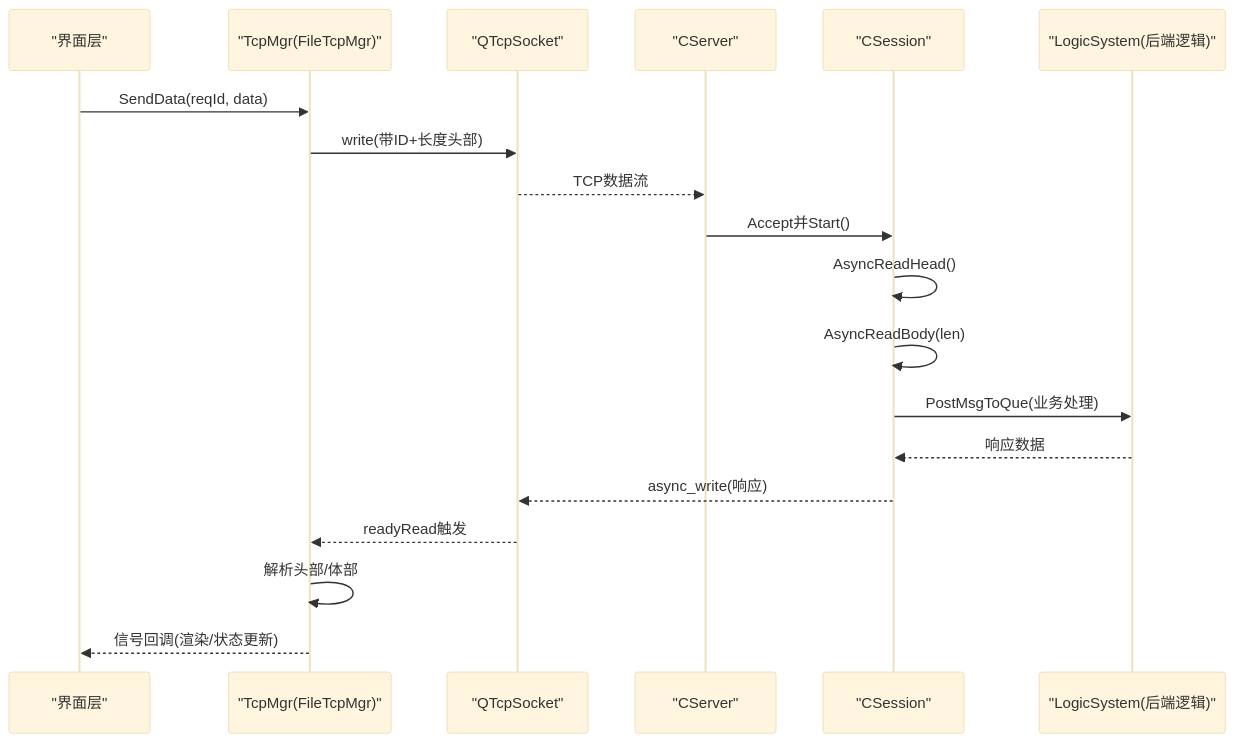
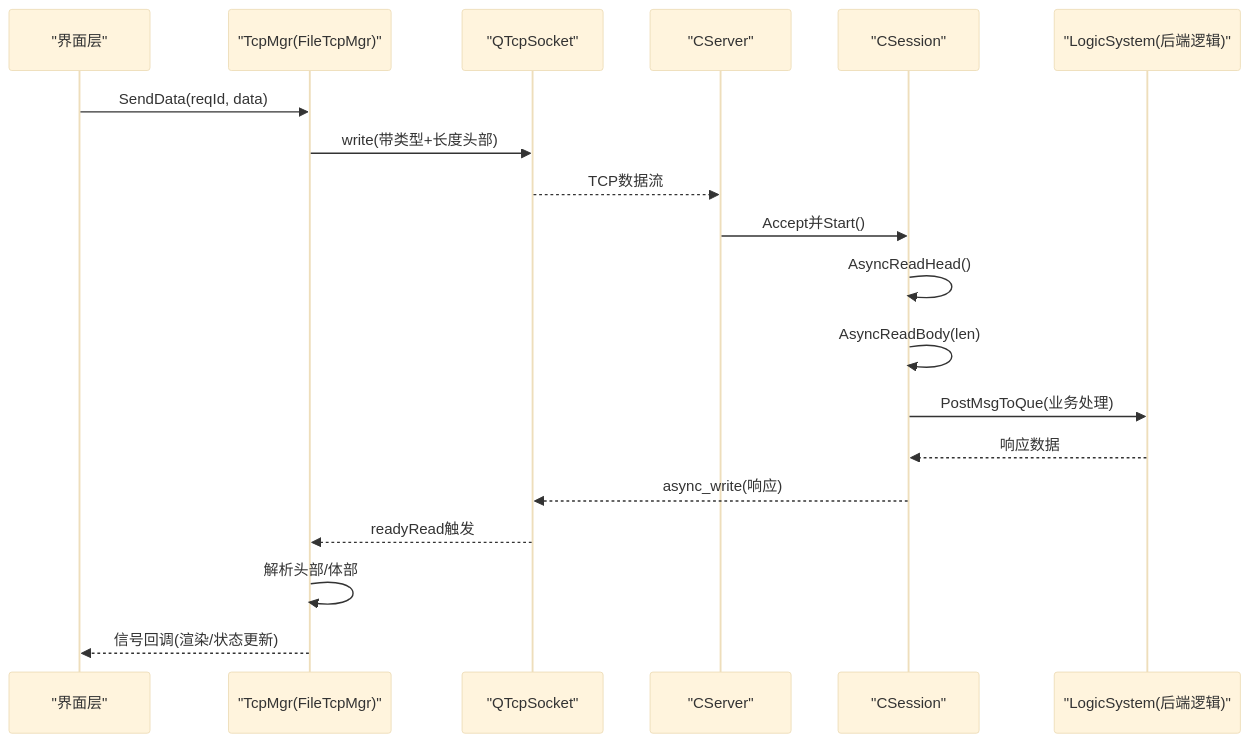
The second of 6 diagrams in .qoder/repowiki/zh/content/性能优化/网络通信优化/网络协议栈调优.md (echo9923/mychatter), drawn with Mermaid (base theme) before and after one commit. The commit also changed other lines of this file and 128 other files, not shown here.

````diff
--- a/.qoder/repowiki/zh/content/性能优化/网络通信优化/网络协议栈调优.md
+++ b/.qoder/repowiki/zh/content/性能优化/网络通信优化/网络协议栈调优.md
@@ -96,21 +96,21 @@
 ```mermaid
 sequenceDiagram
 participant UI as "界面层"
 participant CM as "TcpMgr(FileTcpMgr)"
 participant SOCK as "QTcpSocket"
 participant SVR as "CServer"
 participant SES as "CSession"
 participant LOGIC as "LogicSystem(后端逻辑)"
 UI->>CM : SendData(reqId, data)
-CM->>SOCK : write(带ID+长度头部)
+CM->>SOCK : write(带类型+长度头部)
 SOCK-->>SVR : TCP数据流
 SVR->>SES : Accept并Start()
 SES->>SES : AsyncReadHead()
 SES->>SES : AsyncReadBody(len)
 SES->>LOGIC : PostMsgToQue(业务处理)
 LOGIC-->>SES : 响应数据
 SES-->>SOCK : async_write(响应)
 SOCK-->>CM : readyRead触发
 CM->>CM : 解析头部/体部
 CM-->>UI : 信号回调(渲染/状态更新)
 ```
````
